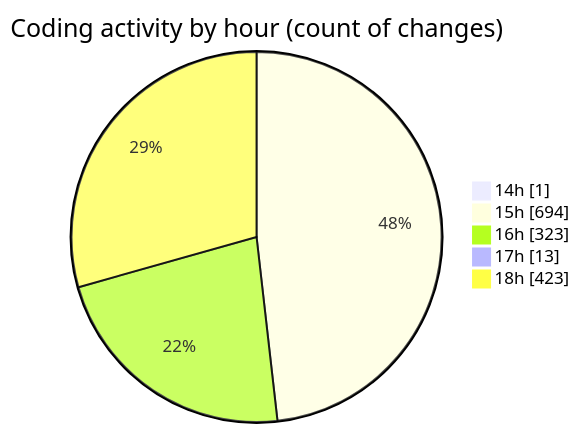
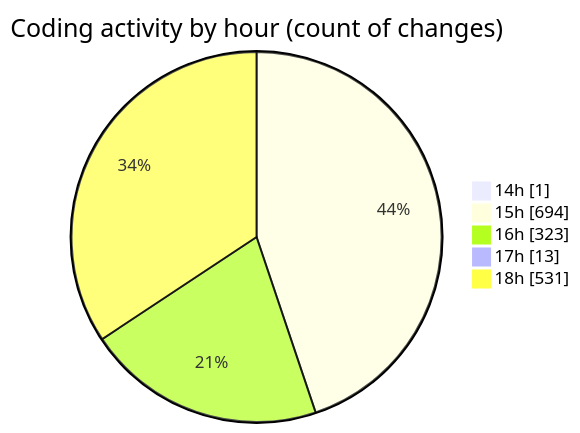
The second of 2 diagrams in 2025-04-10/nxtqube_webapp/README.md (nxtqubesakshisongat/code-tracking), drawn with Mermaid before and after one commit. The commit also changed other lines of this file and 1 other file, not shown here.

````diff
--- a/2025-04-10/nxtqube_webapp/README.md
+++ b/2025-04-10/nxtqube_webapp/README.md
@@ -34,9 +34,9 @@
 ```mermaid
 pie showData
 title Coding activity by hour (count of changes)
 "14h" : 1
 "15h" : 694
 "16h" : 323
 "17h" : 13
-"18h" : 423
+"18h" : 531
 ```
````
